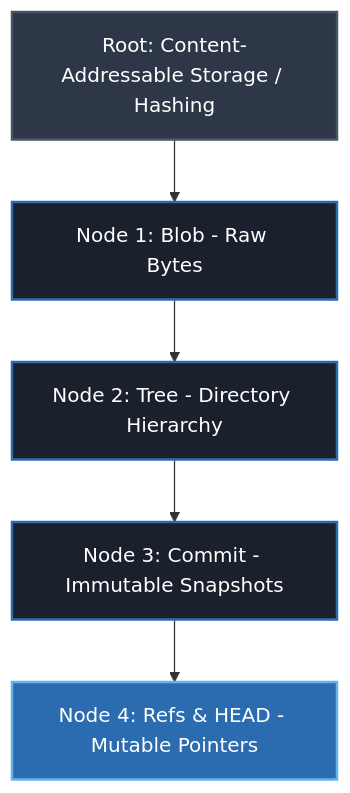
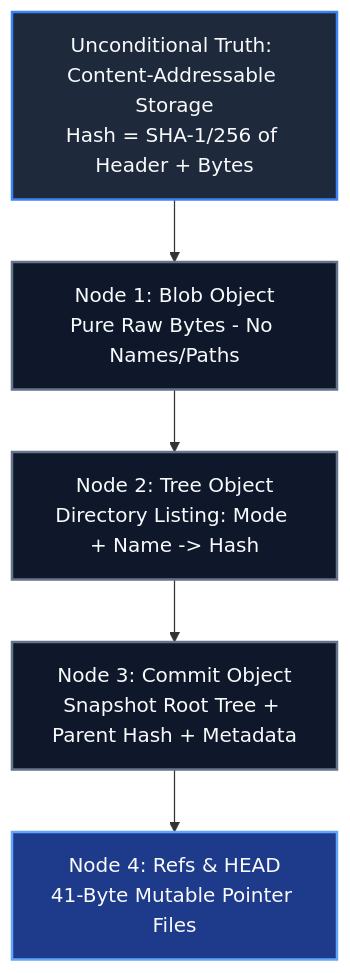
The first of 5 diagrams in 01-Projects/Learn/Lessons/Git-Internals-Blobs-Trees-Commits.md (Chandrasen74/obsidian-hermes), drawn with Mermaid before and after one commit. The commit also changed other lines of this file, not shown here.

Commit message:
docs(learn): add full visual diagrams and spaced repetition deck

````diff
--- a/01-Projects/Learn/Lessons/Git-Internals-Blobs-Trees-Commits.md
+++ b/01-Projects/Learn/Lessons/Git-Internals-Blobs-Trees-Commits.md
@@ -12,11 +12,11 @@
 ```mermaid
 graph TD
-    classDef root fill:#2d3748,stroke:#4a5568,stroke-width:2px,color:#fff;
-    classDef node fill:#1a202c,stroke:#2b6cb0,stroke-width:2px,color:#fff;
-    classDef target fill:#2b6cb0,stroke:#63b3ed,stroke-width:2px,color:#fff;
+    classDef axiom fill:#1e293b,stroke:#3b82f6,stroke-width:2px,color:#f8fafc;
+    classDef mechanism fill:#0f172a,stroke:#64748b,stroke-width:2px,color:#f8fafc;
+    classDef outcome fill:#1e3a8a,stroke:#60a5fa,stroke-width:2px,color:#f8fafc;
 
-    A[Root: Content-Addressable Storage / Hashing]:::root --> B[Node 1: Blob - Raw Bytes]:::node
-    B --> C[Node 2: Tree - Directory Hierarchy]:::node
-    C --> D[Node 3: Commit - Immutable Snapshots]:::node
-    D --> E[Node 4: Refs & HEAD - Mutable Pointers]:::target
+    A[Unconditional Truth: Content-Addressable Storage<br/>Hash = SHA-1/256 of Header + Bytes]:::axiom --> B[Node 1: Blob Object<br/>Pure Raw Bytes - No Names/Paths]:::mechanism
+    B --> C[Node 2: Tree Object<br/>Directory Listing: Mode + Name -> Hash]:::mechanism
+    C --> D[Node 3: Commit Object<br/>Snapshot Root Tree + Parent Hash + Metadata]:::mechanism
+    D --> E[Node 4: Refs & HEAD<br/>41-Byte Mutable Pointer Files]:::outcome
 ```
````
